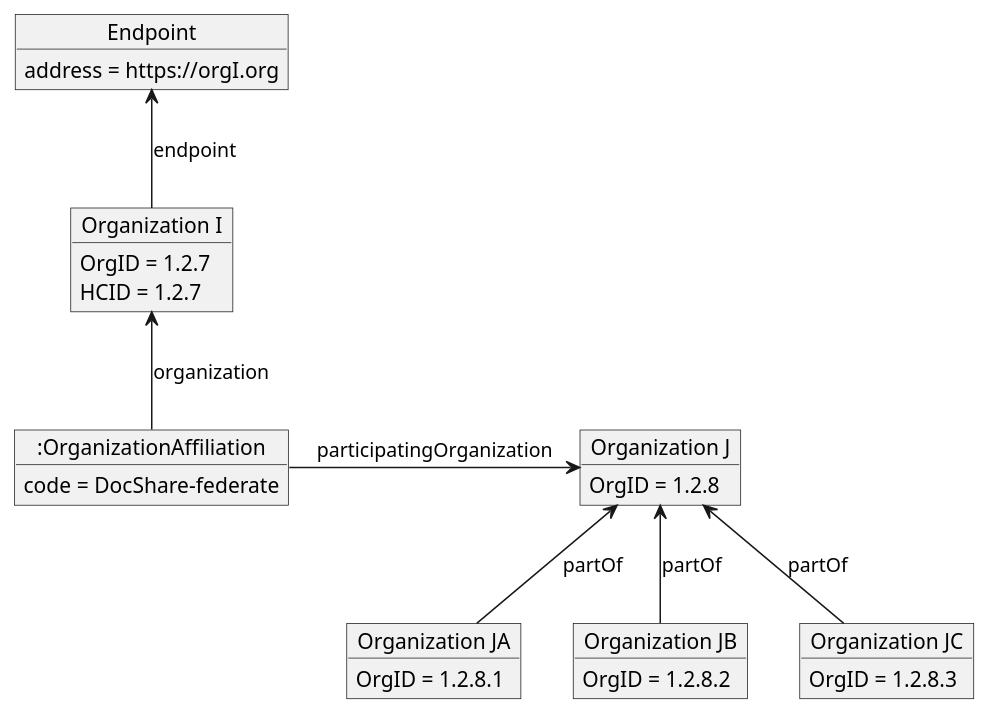
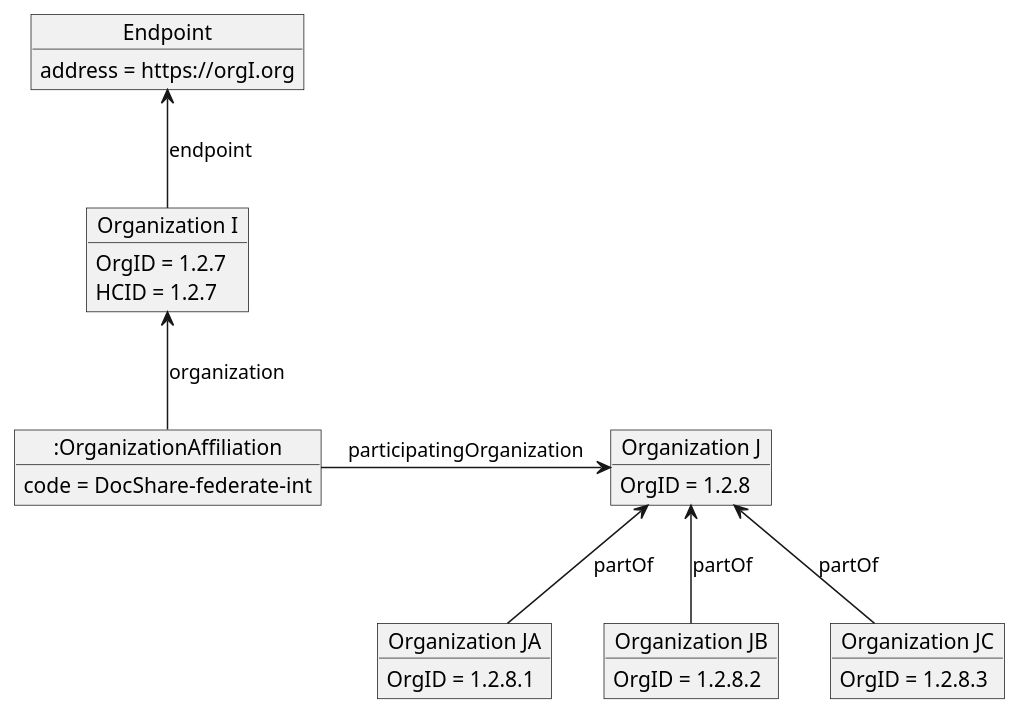
Before and after one commit to IHE/ITI.Topologies: the diagram in images-source/dir-endpoint-to-hybrid-org-structure.plantuml, drawn with PlantUML. The commit also changed 12 other files, not shown here.

```diff
--- a/images-source/dir-endpoint-to-hybrid-org-structure.plantuml
+++ b/images-source/dir-endpoint-to-hybrid-org-structure.plantuml
@@ -1,28 +1,28 @@
 @startuml dir-endpoint-to-hybrid-org-structure
 hide footbox
 
 object "Organization I" as OrganizationI
 OrganizationI : OrgID = 1.2.7
 OrganizationI : HCID = 1.2.7
 object "Organization J" as OrganizationJ
 OrganizationJ : OrgID = 1.2.8
 object "Endpoint" as EndpointI
 EndpointI : address = https://orgI.org
 object "Organization JA" as OrganizationJA
 OrganizationJA : OrgID = 1.2.8.1
 object "Organization JB" as OrganizationJB
 OrganizationJB : OrgID = 1.2.8.2
 object "Organization JC" as OrganizationJC
 OrganizationJC : OrgID = 1.2.8.3
 object ":OrganizationAffiliation" as OrgAff
-OrgAff : code = DocShare-federate
+OrgAff : code = DocShare-federate-int
 OrgAff -> OrganizationJ : participatingOrganization
 OrganizationI <-- OrgAff : organization
 
 EndpointI <-- OrganizationI : endpoint
 
 OrganizationJ <-- OrganizationJA : partOf
 OrganizationJ <-- OrganizationJB : partOf
 OrganizationJ <-- OrganizationJC : partOf
 
 @enduml
```
